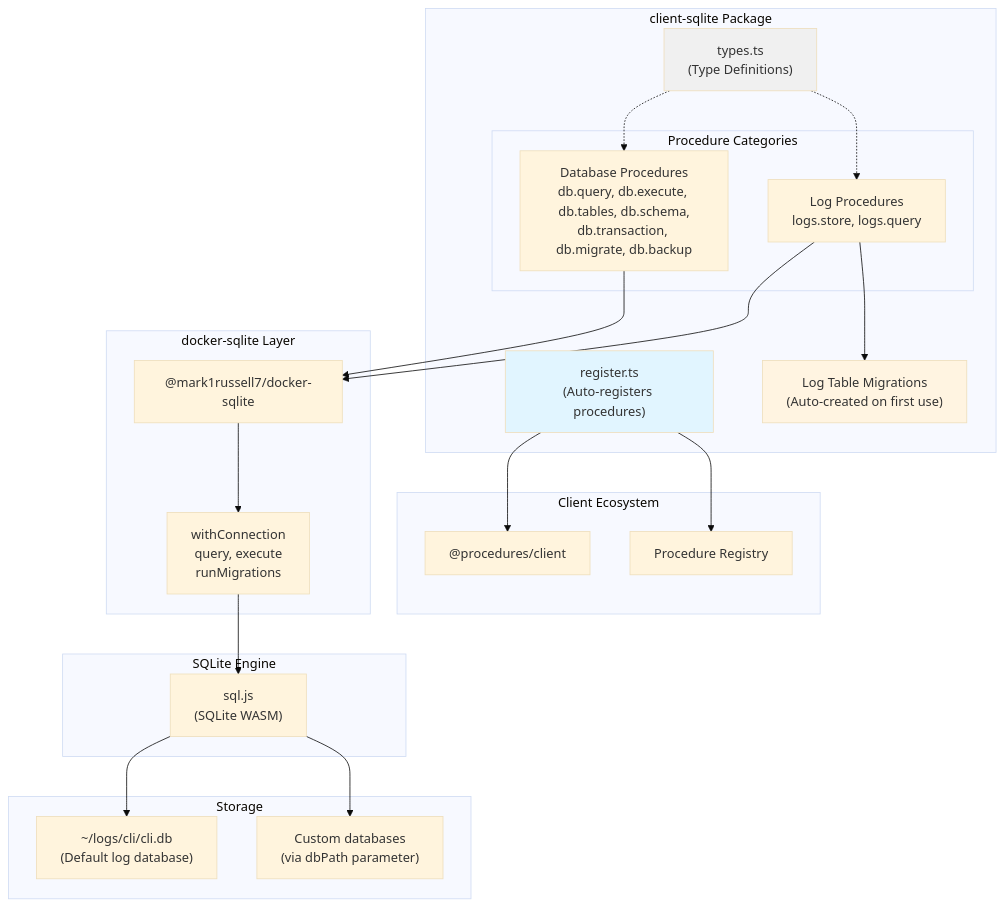
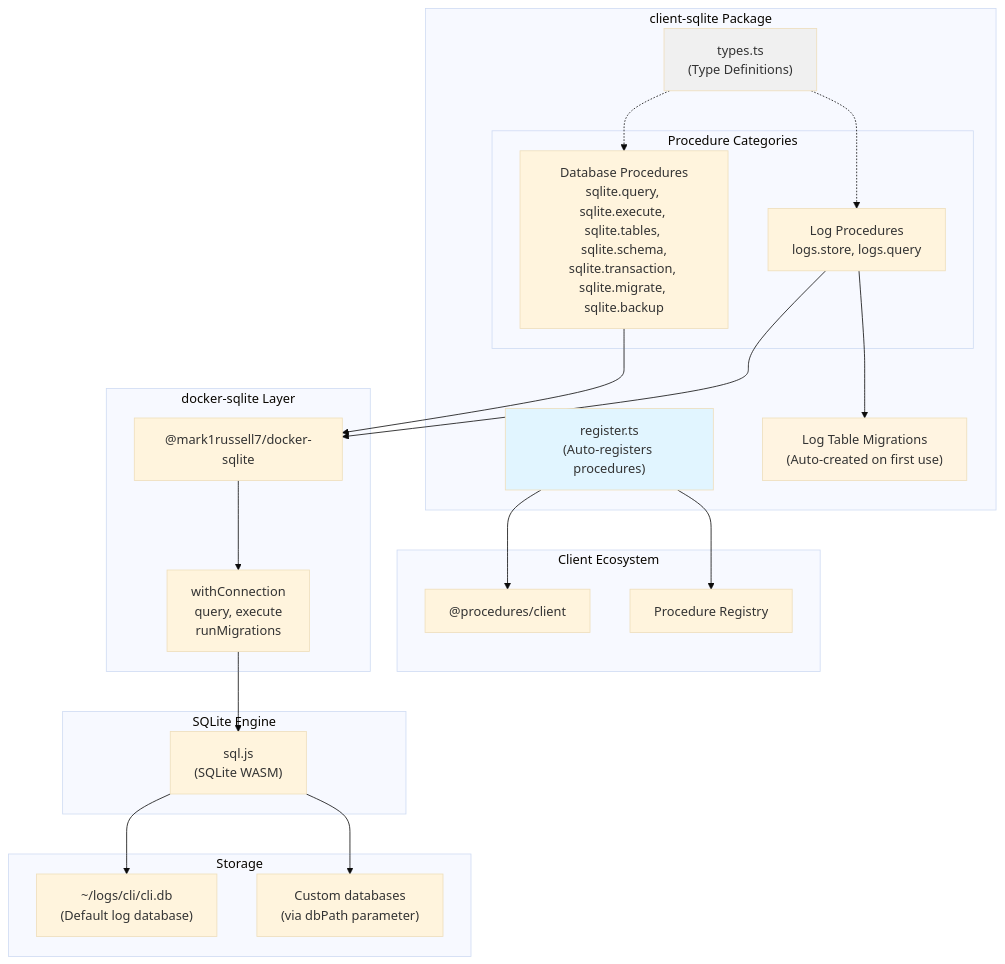
One commit to mark1russell7/client changed the first of 3 diagrams in packages/client-sqlite/README.md. Above: the diagram before and after it, drawn with Mermaid (base theme). The commit also changed other lines of this file and 22 other files, not shown here.

````diff
--- a/packages/client-sqlite/README.md
+++ b/packages/client-sqlite/README.md
@@ -26,53 +34,53 @@
 ```mermaid
 graph TB
     subgraph "Client Ecosystem"
         Client["@procedures/client"]
         Registry["Procedure Registry"]
     end
 
     subgraph "client-sqlite Package"
         Register["register.ts<br/>(Auto-registers procedures)"]
 
         subgraph "Procedure Categories"
-            DB["Database Procedures<br/>db.query, db.execute, db.tables, db.schema,<br/>db.transaction, db.migrate, db.backup"]
+            DB["Database Procedures<br/>sqlite.query, sqlite.execute, sqlite.tables, sqlite.schema,<br/>sqlite.transaction, sqlite.migrate, sqlite.backup"]
             Logs["Log Procedures<br/>logs.store, logs.query"]
         end
 
         Migrations["Log Table Migrations<br/>(Auto-created on first use)"]
         Types["types.ts<br/>(Type Definitions)"]
     end
 
     subgraph "docker-sqlite Layer"
         DockerSqlite["@mark1russell7/docker-sqlite"]
         Utilities["withConnection<br/>query, execute<br/>runMigrations"]
     end
 
     subgraph "SQLite Engine"
         SqlJs["sql.js<br/>(SQLite WASM)"]
     end
 
     subgraph "Storage"
         LogDB["~/logs/cli/cli.db<br/>(Default log database)"]
         CustomDB["Custom databases<br/>(via dbPath parameter)"]
     end
 
     Register --> Client
     Register --> Registry
 
     DB --> DockerSqlite
     Logs --> DockerSqlite
     Logs --> Migrations
 
     DockerSqlite --> Utilities
     Utilities --> SqlJs
 
     SqlJs --> LogDB
     SqlJs --> CustomDB
 
     Types -.-> DB
     Types -.-> Logs
 
     style Register fill:#e1f5ff
     style Migrations fill:#fff4e1
     style Types fill:#f0f0f0
 ```
````
